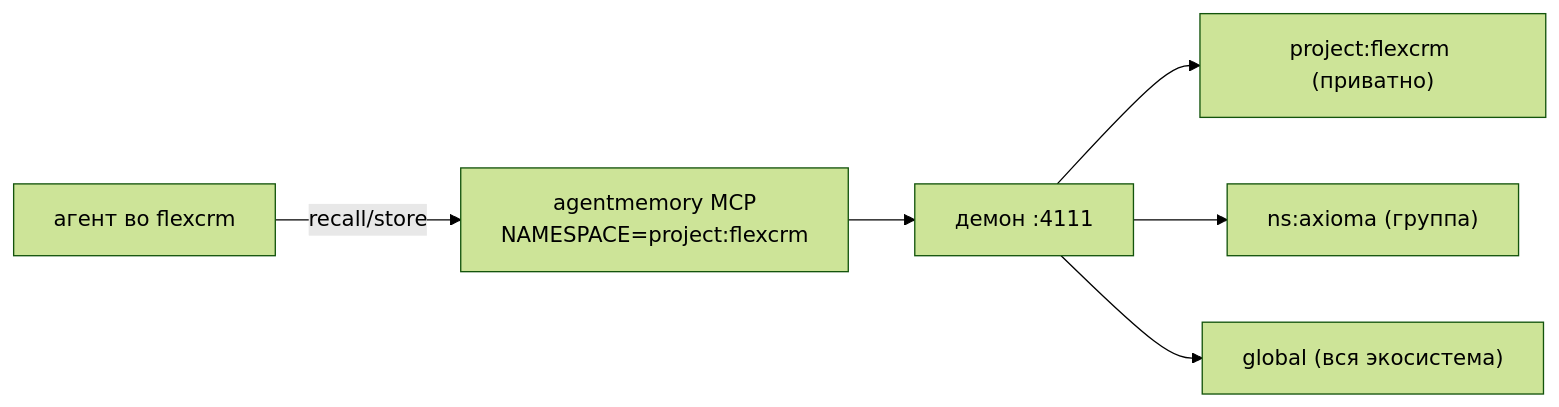
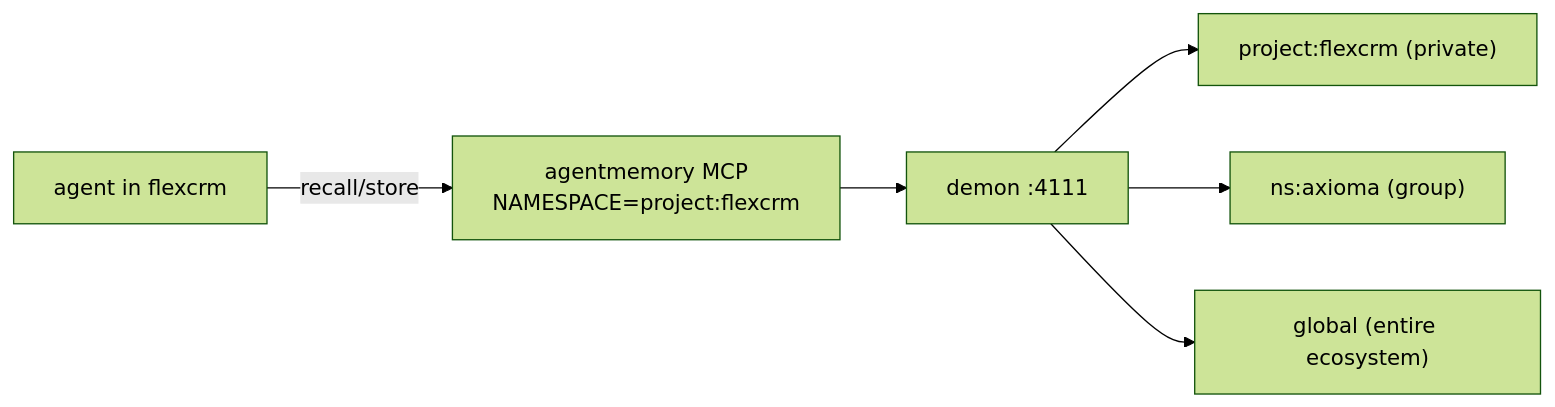
The second of 5 diagrams in packages/maind/docs/guide/design-notes.md (academici/swissknifeman), drawn with Mermaid (forest theme) before and after one commit. The commit also changed other lines of this file and 1553 other files, not shown here.

````diff
--- a/packages/maind/docs/guide/design-notes.md
+++ b/packages/maind/docs/guide/design-notes.md
@@ -49,8 +49,8 @@
 ```mermaid
 flowchart LR
-  A["агент во flexcrm"] -->|recall/store| MCP["agentmemory MCP<br/>NAMESPACE=project:flexcrm"]
-  MCP --> D["демон :4111"]
-  D --> B1["project:flexcrm (приватно)"]
-  D --> B2["ns:axioma (группа)"]
-  D --> B3["global (вся экосистема)"]
+  A["agent in flexcrm"] -->|recall/store| MCP["agentmemory MCP<br/>NAMESPACE=project:flexcrm"]
+  MCP --> D["demon :4111"]
+  D --> B1["project:flexcrm (private)"]
+  D --> B2["ns:axioma (group)"]
+  D --> B3["global (entire ecosystem)"]
 ```
````
